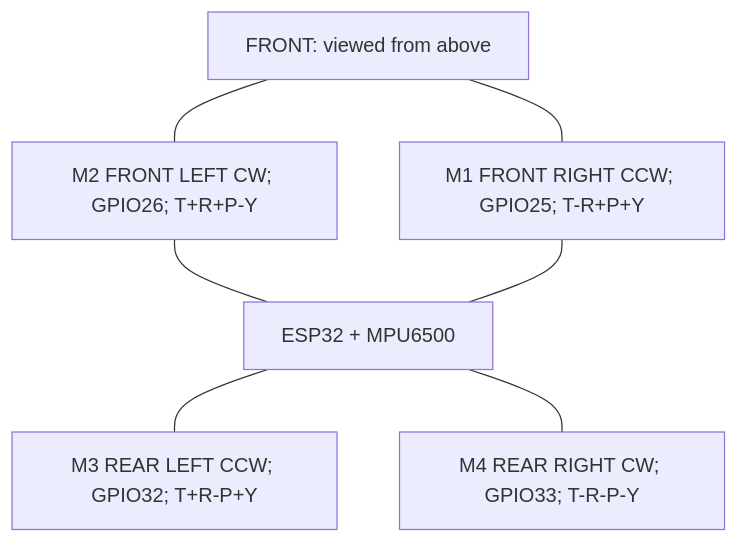
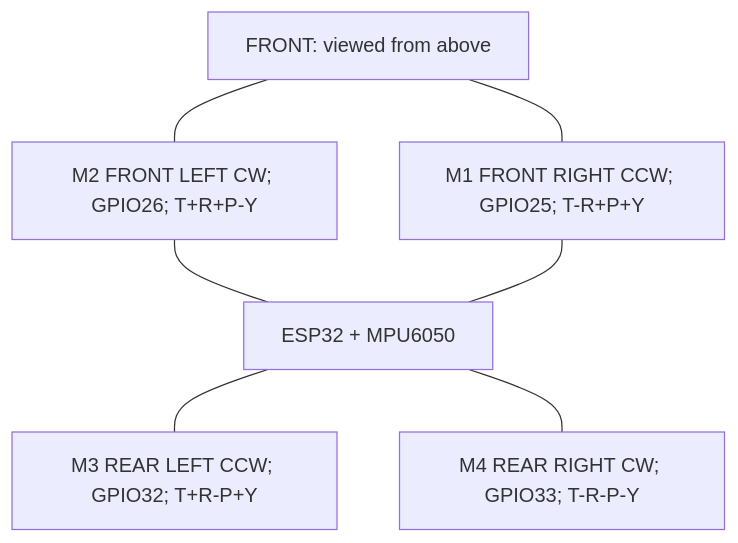
The diagram in diagrams/motor-layout.mmd (diyan07-ctrl/esp32-gesture-controlled-drone), drawn with Mermaid before and after one commit. The commit also changed 40 other files, not shown here.

```diff
--- a/diagrams/motor-layout.mmd
+++ b/diagrams/motor-layout.mmd
@@ -1,8 +1,8 @@
 flowchart TB
   F["FRONT: viewed from above"]
   F --- M2["M2 FRONT LEFT CW; GPIO26; T+R+P-Y"]
   F --- M1["M1 FRONT RIGHT CCW; GPIO25; T-R+P+Y"]
-  M2 --- C["ESP32 + MPU6500"]
+  M2 --- C["ESP32 + MPU6050"]
   M1 --- C
   C --- M3["M3 REAR LEFT CCW; GPIO32; T+R-P+Y"]
   C --- M4["M4 REAR RIGHT CW; GPIO33; T-R-P-Y"]
```
